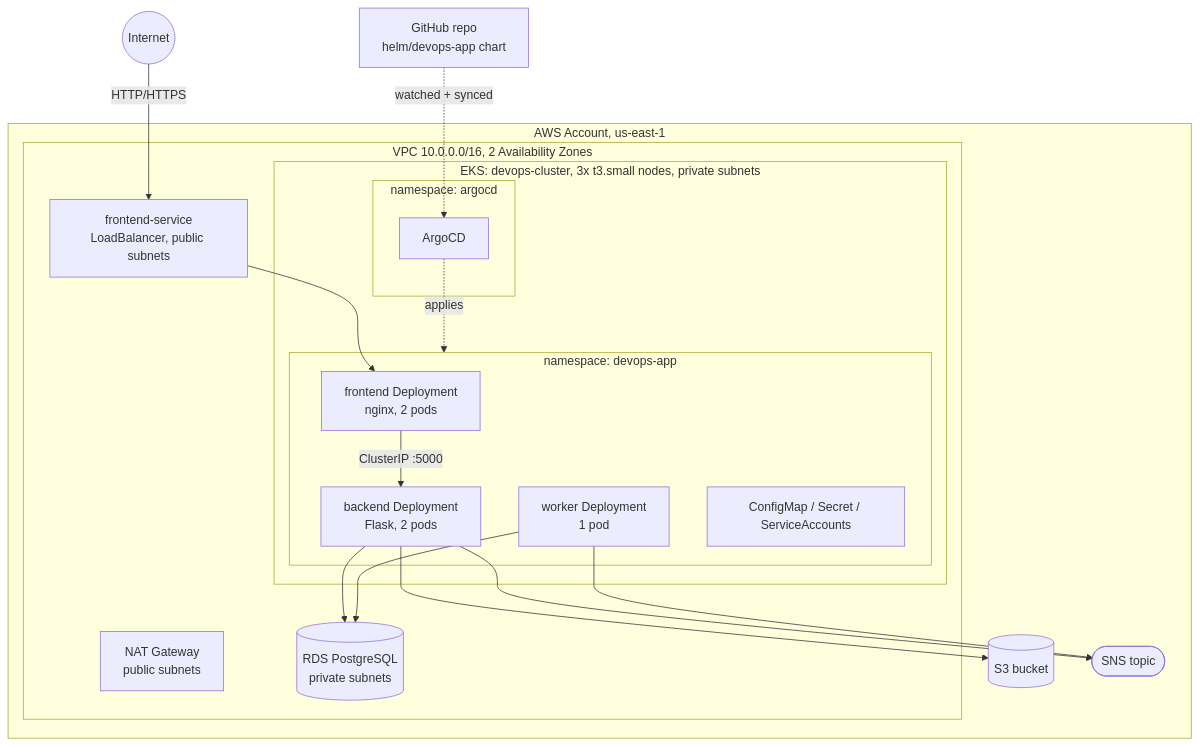
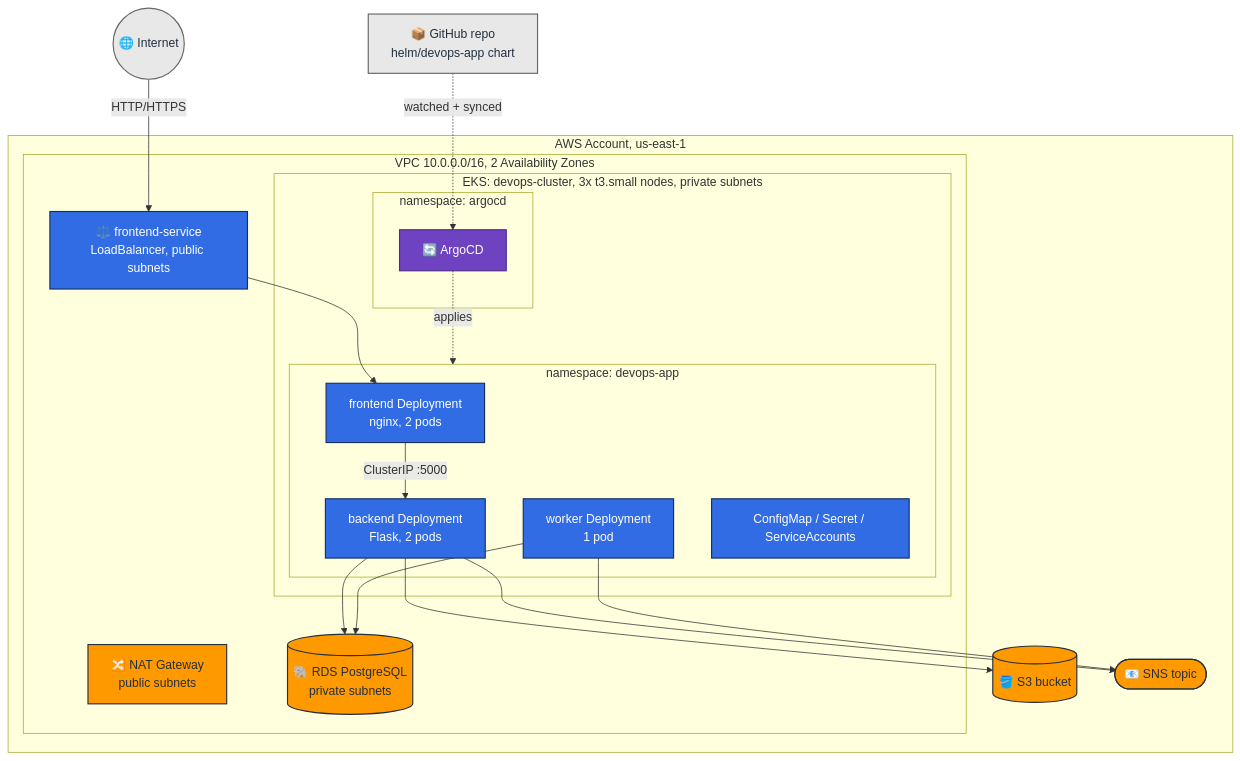
Before and after one commit to MaxTsyganov/Running_Devops_Project: the diagram in README.md, drawn with Mermaid. The commit also changed other lines of this file, not shown here.

Commit message:
docs: color-code and add icons to the architecture diagram
Nodes are now color-coded by ownership (AWS-orange for managed AWS
services, Kubernetes-blue for chart-defined workloads, purple for
GitOps tooling, grey for anything outside the AWS account) with
Unicode emoji as lightweight icons - no external icon fonts/CDNs to
keep it rendering reliably in GitHub's Mermaid preview.

Verified independently via mermaid.ink (a separate Mermaid renderer)
before committing, rather than assuming the syntax was correct.

````diff
--- a/README.md
+++ b/README.md
@@ -43,40 +47,50 @@
 ```mermaid
 flowchart TB
-    Internet((Internet))
-    GH["GitHub repo<br/>helm/devops-app chart"]
+    Internet(("🌐 Internet"))
+    GH["📦 GitHub repo<br/>helm/devops-app chart"]
 
     subgraph AWS["AWS Account, us-east-1"]
         subgraph VPC["VPC 10.0.0.0/16, 2 Availability Zones"]
-            LB["frontend-service<br/>LoadBalancer, public subnets"]
-            NAT["NAT Gateway<br/>public subnets"]
+            LB["⚖️ frontend-service<br/>LoadBalancer, public subnets"]
+            NAT["🔀 NAT Gateway<br/>public subnets"]
 
             subgraph EKS["EKS: devops-cluster, 3x t3.small nodes, private subnets"]
                 subgraph NsArgo["namespace: argocd"]
-                    ArgoCD["ArgoCD"]
+                    ArgoCD["🔄 ArgoCD"]
                 end
                 subgraph NsApp["namespace: devops-app"]
                     FE["frontend Deployment<br/>nginx, 2 pods"]
                     BE["backend Deployment<br/>Flask, 2 pods"]
                     WK["worker Deployment<br/>1 pod"]
                     CFG["ConfigMap / Secret / ServiceAccounts"]
                 end
             end
 
-            RDS[("RDS PostgreSQL<br/>private subnets")]
+            RDS[("🐘 RDS PostgreSQL<br/>private subnets")]
         end
 
-        S3[("S3 bucket")]
-        SNS(["SNS topic"])
+        S3[("🪣 S3 bucket")]
+        SNS(["📧 SNS topic"])
     end
 
     Internet -- HTTP/HTTPS --> LB
     LB --> FE
     FE -- "ClusterIP :5000" --> BE
     BE --> RDS
     BE --> S3
     BE --> SNS
     WK --> RDS
     WK --> SNS
     GH -. watched + synced .-> ArgoCD
     ArgoCD -. applies .-> NsApp
+
+    classDef aws fill:#FF9900,stroke:#232F3E,color:#232F3E,stroke-width:1.5px
+    classDef k8s fill:#326CE5,stroke:#16305e,color:#ffffff,stroke-width:1.5px
+    classDef tooling fill:#6f42c1,stroke:#4c2d8a,color:#ffffff,stroke-width:1.5px
+    classDef external fill:#e8e8e8,stroke:#666666,color:#232F3E,stroke-width:1.5px
+
+    class RDS,S3,SNS,NAT aws
+    class FE,BE,WK,CFG,LB k8s
+    class ArgoCD tooling
+    class Internet,GH external
 ```
````
